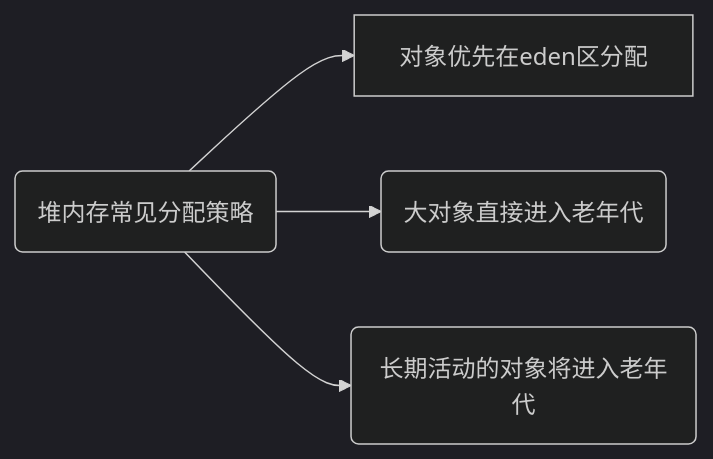
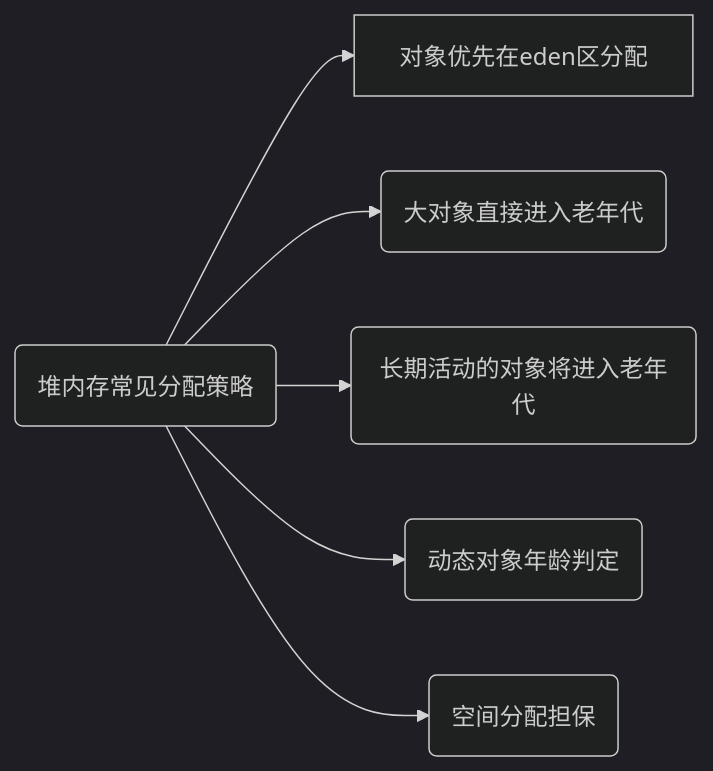
Before and after one commit to linG5821/linG5821.github.io: the diagram in docs/java/jvm.md, drawn with Mermaid (dark theme).

Commit message:
添加 jvm 相关的内容

````diff
--- a/docs/java/jvm.md
+++ b/docs/java/jvm.md
@@ -9,7 +9,9 @@
 ```mermaid
 graph LR
 
 R[堆内存常见分配策略]-->B[对象优先在eden区分配]
 R(堆内存常见分配策略)-->C(大对象直接进入老年代)
 R(堆内存常见分配策略)-->D(长期活动的对象将进入老年代)
+R(堆内存常见分配策略)-->E(动态对象年龄判定)
+R(堆内存常见分配策略)-->F(空间分配担保)
 ```
````
